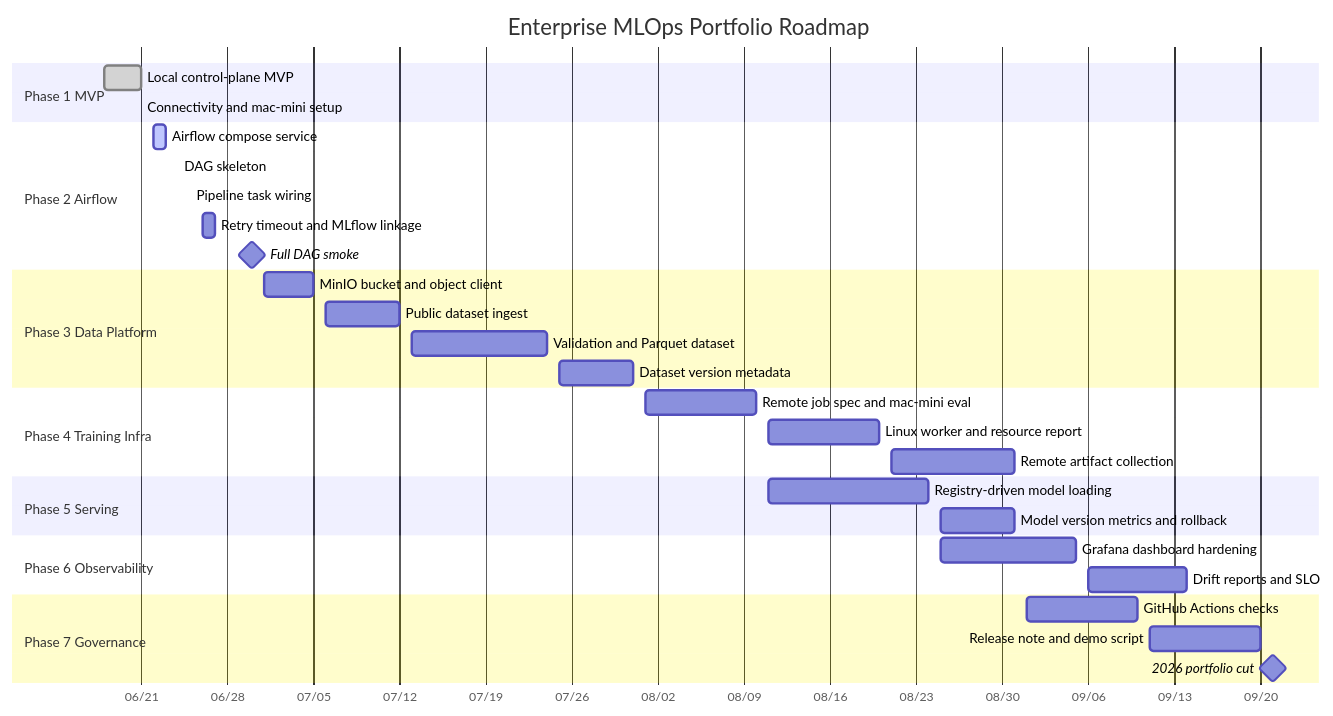
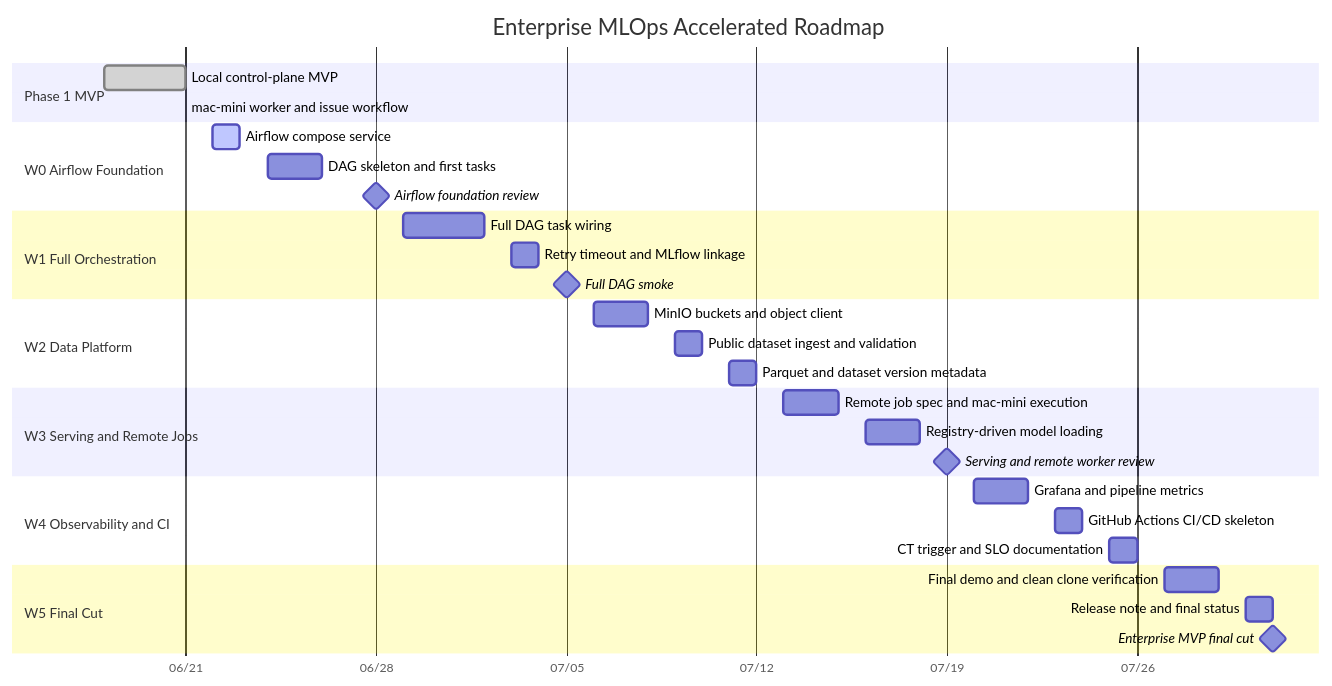
One commit to ruma0236/ML_ServeAPI changed the first of 2 diagrams in enterprise-vision-mlops/docs/agenda/enterprise-mlops-roadmap.md. Above: the diagram before and after it, drawn with Mermaid. The commit also changed other lines of this file and 3 other files, not shown here.

Commit message:
Add accelerated enterprise MLOps weekly schedule

````diff
--- a/enterprise-vision-mlops/docs/agenda/enterprise-mlops-roadmap.md
+++ b/enterprise-vision-mlops/docs/agenda/enterprise-mlops-roadmap.md
@@ -10,41 +13,40 @@
 ```mermaid
 gantt
-    title Enterprise MLOps Portfolio Roadmap
+    title Enterprise MLOps Accelerated Roadmap
     dateFormat  YYYY-MM-DD
     axisFormat  %m/%d
 
     section Phase 1 MVP
-    Local control-plane MVP               :done, p1, 2026-06-18, 2026-06-21
-    Connectivity and mac-mini setup        :done, p1b, 2026-06-21, 2026-06-21
+    Local control-plane MVP                 :done, p1, 2026-06-18, 2026-06-21
+    mac-mini worker and issue workflow      :done, p1b, 2026-06-21, 2026-06-21
 
-    section Phase 2 Airflow
-    Airflow compose service                :active, evm021, 2026-06-22, 2026-06-23
-    DAG skeleton                           :evm022, 2026-06-24, 2026-06-24
-    Pipeline task wiring                   :evm023, 2026-06-25, 2026-06-25
-    Retry timeout and MLflow linkage       :evm024, 2026-06-26, 2026-06-27
-    Full DAG smoke                         :milestone, evm027, 2026-06-30, 0d
+    section W0 Airflow Foundation
+    Airflow compose service                 :active, evm021, 2026-06-22, 2026-06-23
+    DAG skeleton and first tasks            :evm022, 2026-06-24, 2026-06-26
+    Airflow foundation review               :milestone, w0, 2026-06-28, 0d
 
-    section Phase 3 Data Platform
-    MinIO bucket and object client         :evm031, 2026-07-01, 2026-07-05
-    Public dataset ingest                  :evm033, 2026-07-06, 2026-07-12
-    Validation and Parquet dataset         :evm034, 2026-07-13, 2026-07-24
-    Dataset version metadata               :evm036, 2026-07-25, 2026-07-31
+    section W1 Full Orchestration
+    Full DAG task wiring                    :evm023, 2026-06-29, 2026-07-02
+    Retry timeout and MLflow linkage        :evm024, 2026-07-03, 2026-07-04
+    Full DAG smoke                          :milestone, w1, 2026-07-05, 0d
 
-    section Phase 4 Training Infra
-    Remote job spec and mac-mini eval      :evm041, 2026-08-01, 2026-08-10
-    Linux worker and resource report       :evm043, 2026-08-11, 2026-08-20
-    Remote artifact collection             :evm045, 2026-08-21, 2026-08-31
+    section W2 Data Platform
+    MinIO buckets and object client         :evm031, 2026-07-06, 2026-07-08
+    Public dataset ingest and validation    :evm033, 2026-07-09, 2026-07-10
+    Parquet and dataset version metadata    :evm035, 2026-07-11, 2026-07-12
 
-    section Phase 5 Serving
-    Registry-driven model loading          :evm051, 2026-08-11, 2026-08-24
-    Model version metrics and rollback     :evm054, 2026-08-25, 2026-08-31
+    section W3 Serving and Remote Jobs
+    Remote job spec and mac-mini execution  :evm041, 2026-07-13, 2026-07-15
+    Registry-driven model loading           :evm051, 2026-07-16, 2026-07-18
+    Serving and remote worker review        :milestone, w3, 2026-07-19, 0d
 
-    section Phase 6 Observability
-    Grafana dashboard hardening            :evm061, 2026-08-25, 2026-09-05
-    Drift reports and SLO                  :evm063, 2026-09-06, 2026-09-14
+    section W4 Observability and CI
+    Grafana and pipeline metrics            :evm061, 2026-07-20, 2026-07-22
+    GitHub Actions CI/CD skeleton           :evm071, 2026-07-23, 2026-07-24
+    CT trigger and SLO documentation        :evm073, 2026-07-25, 2026-07-26
 
-    section Phase 7 Governance
-    GitHub Actions checks                  :evm071, 2026-09-01, 2026-09-10
-    Release note and demo script           :evm074, 2026-09-11, 2026-09-20
-    2026 portfolio cut                     :milestone, cut2026, 2026-09-21, 0d
+    section W5 Final Cut
+    Final demo and clean clone verification :evm075, 2026-07-27, 2026-07-29
+    Release note and final status           :evm074, 2026-07-30, 2026-07-31
+    Enterprise MVP final cut                :milestone, cut2026july, 2026-07-31, 0d
 ```
````
